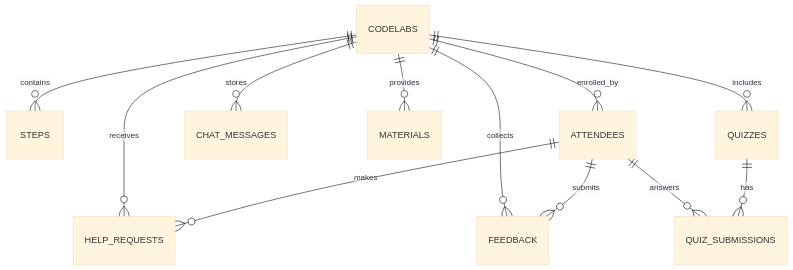
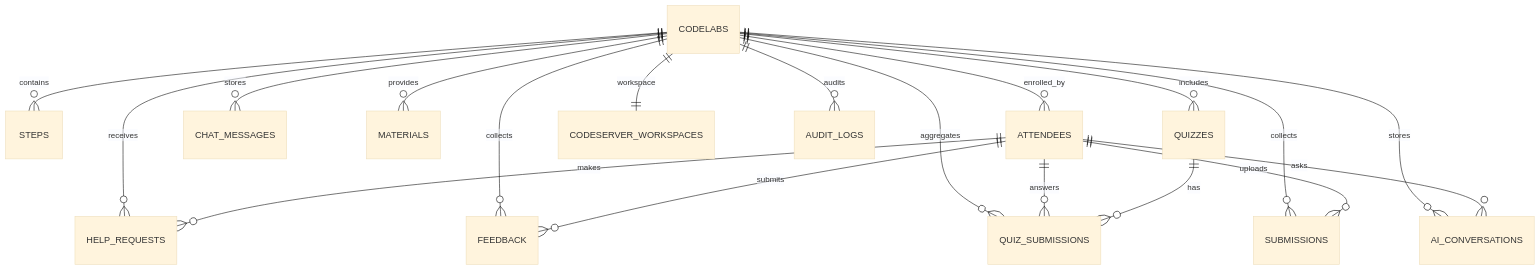
The diagram in docs/specification/database-schema.md (JAICHANGPARK/open-codelabs), drawn with Mermaid (base theme) before and after one commit. The commit also changed other lines of this file and 9 other files, not shown here.

````diff
--- a/docs/specification/database-schema.md
+++ b/docs/specification/database-schema.md
@@ -7,16 +7,23 @@
 ```mermaid
 erDiagram
     CODELABS ||--o{ STEPS : "contains"
     CODELABS ||--o{ ATTENDEES : "enrolled_by"
     CODELABS ||--o{ HELP_REQUESTS : "receives"
     CODELABS ||--o{ CHAT_MESSAGES : "stores"
     CODELABS ||--o{ FEEDBACK : "collects"
     CODELABS ||--o{ MATERIALS : "provides"
     CODELABS ||--o{ QUIZZES : "includes"
+    CODELABS ||--o{ QUIZ_SUBMISSIONS : "aggregates"
+    CODELABS ||--o{ SUBMISSIONS : "collects"
+    CODELABS ||--o{ AI_CONVERSATIONS : "stores"
+    CODELABS ||--|| CODESERVER_WORKSPACES : "workspace"
+    CODELABS ||--o{ AUDIT_LOGS : "audits"
     
     ATTENDEES ||--o{ HELP_REQUESTS : "makes"
     ATTENDEES ||--o{ FEEDBACK : "submits"
     ATTENDEES ||--o{ QUIZ_SUBMISSIONS : "answers"
+    ATTENDEES ||--o{ SUBMISSIONS : "uploads"
+    ATTENDEES ||--o{ AI_CONVERSATIONS : "asks"
     
     QUIZZES ||--o{ QUIZ_SUBMISSIONS : "has"
 ```
````
